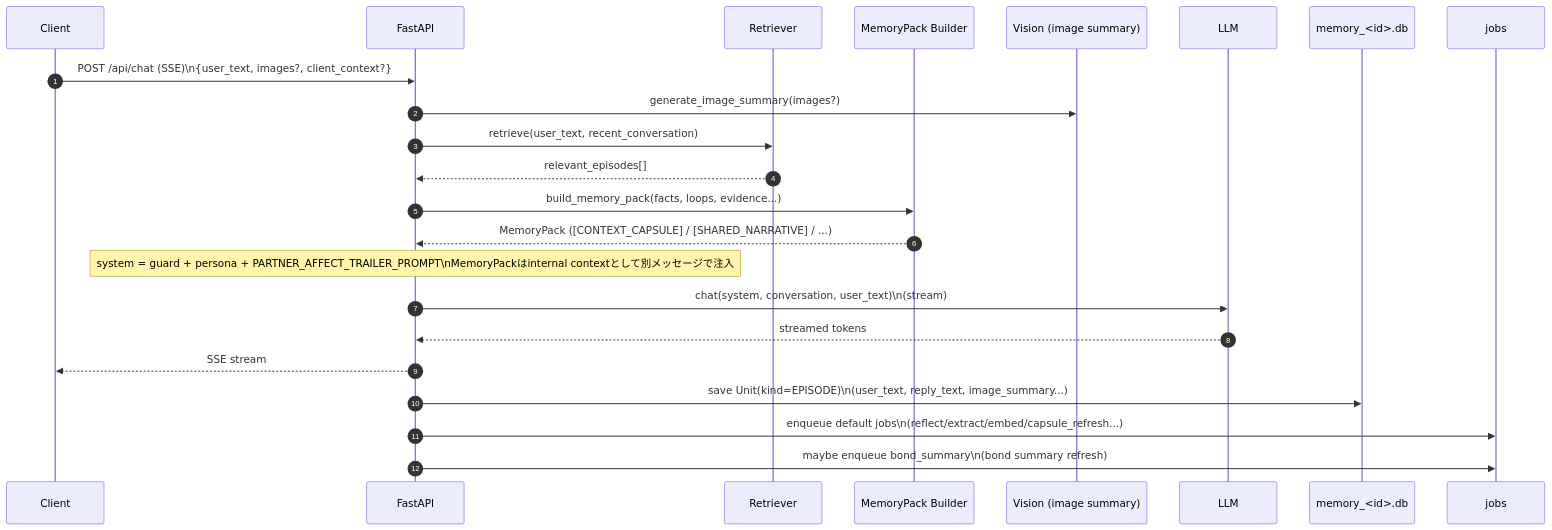
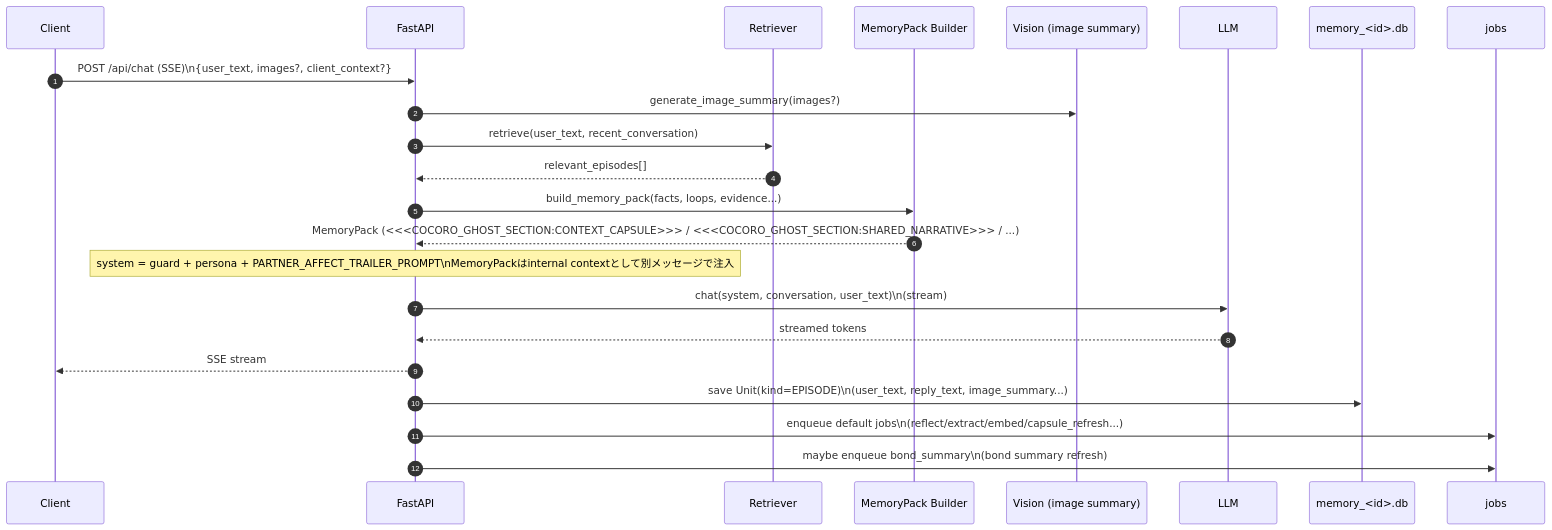
Before and after one commit to hirona98/cocoro_ghost: the third of 4 diagrams in docs/prompt_usage_map.md, drawn with Mermaid. The commit also changed other lines of this file and 10 other files, not shown here.

````diff
--- a/docs/prompt_usage_map.md
+++ b/docs/prompt_usage_map.md
@@ -159,26 +159,26 @@
 ```mermaid
 sequenceDiagram
   autonumber
   participant UI as Client
   participant API as FastAPI
   participant RET as Retriever
   participant SCH as MemoryPack Builder
   participant VIS as Vision (image summary)
   participant LLM as LLM
   participant DB as memory_<id>.db
   participant Q as jobs
 
   UI->>API: POST /api/chat (SSE)\n{user_text, images?, client_context?}
   API->>VIS: generate_image_summary(images?)
   API->>RET: retrieve(user_text, recent_conversation)
   RET-->>API: relevant_episodes[]
   API->>SCH: build_memory_pack(facts, loops, evidence...)
-  SCH-->>API: MemoryPack ([CONTEXT_CAPSULE] / [SHARED_NARRATIVE] / ...)
+  SCH-->>API: MemoryPack (<<<COCORO_GHOST_SECTION:CONTEXT_CAPSULE>>> / <<<COCORO_GHOST_SECTION:SHARED_NARRATIVE>>> / ...)
   Note over API: system = guard + persona + PARTNER_AFFECT_TRAILER_PROMPT\nMemoryPackはinternal contextとして別メッセージで注入
   API->>LLM: chat(system, conversation, user_text)\n(stream)
   LLM-->>API: streamed tokens
   API-->>UI: SSE stream
   API->>DB: save Unit(kind=EPISODE)\n(user_text, reply_text, image_summary...)
   API->>Q: enqueue default jobs\n(reflect/extract/embed/capsule_refresh...)
   API->>Q: maybe enqueue bond_summary\n(bond summary refresh)
 ```
````
